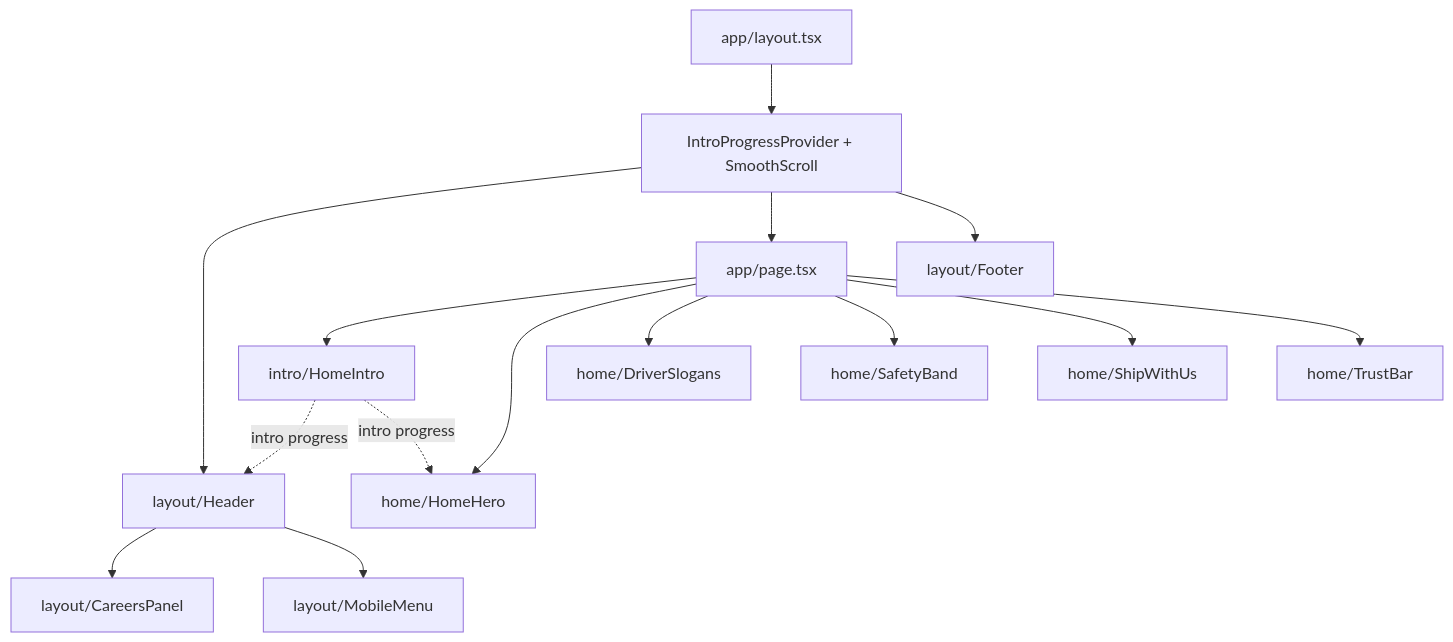
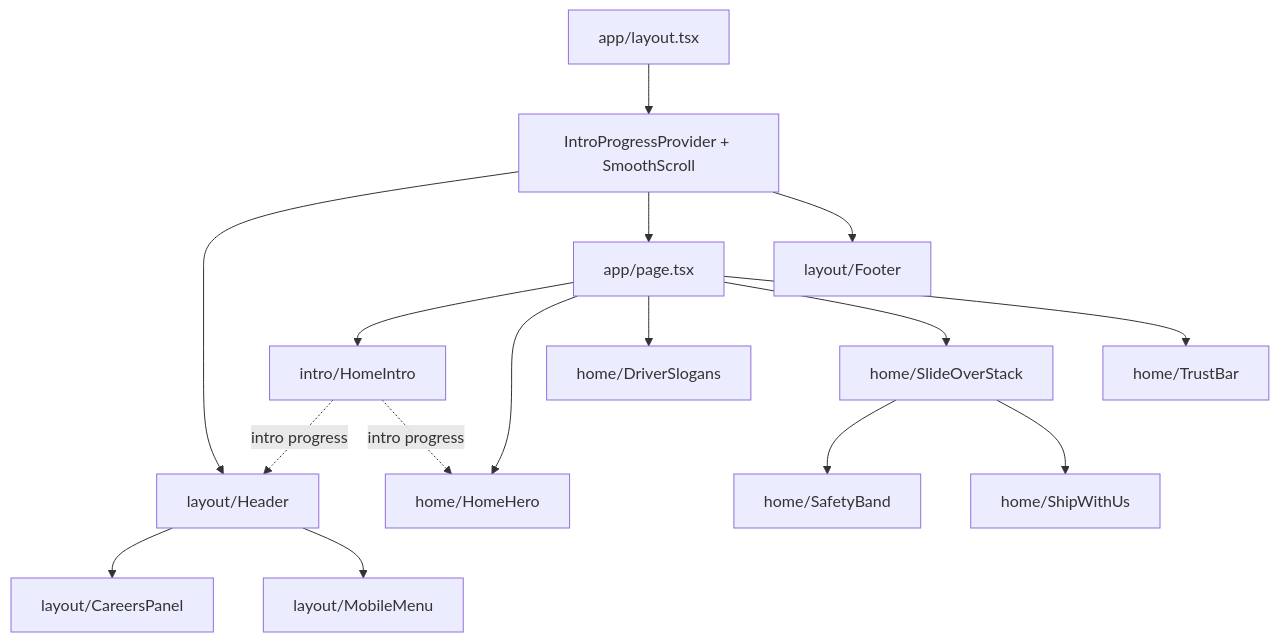
Before and after one commit to stadlerv3311/laughing-dollop: the diagram in docs/NAVIGATION.md, drawn with Mermaid. The commit also changed other lines of this file and 6 other files, not shown here.

First line of the commit message:
Slide Ship with us over the pinned safety band on the way down

````diff
--- a/docs/NAVIGATION.md
+++ b/docs/NAVIGATION.md
@@ -54,17 +55,18 @@
 ```mermaid
 flowchart TD
   Layout["app/layout.tsx"] --> Providers["IntroProgressProvider + SmoothScroll"]
   Providers --> Header["layout/Header"]
   Providers --> Page["app/page.tsx"]
   Providers --> Footer["layout/Footer"]
   Header --> CareersPanel["layout/CareersPanel"]
   Header --> MobileMenu["layout/MobileMenu"]
   Page --> HomeIntro["intro/HomeIntro"]
   Page --> HomeHero["home/HomeHero"]
   Page --> DriverSlogans["home/DriverSlogans"]
-  Page --> SafetyBand["home/SafetyBand"]
-  Page --> ShipWithUs["home/ShipWithUs"]
+  Page --> SlideOverStack["home/SlideOverStack"]
+  SlideOverStack --> SafetyBand["home/SafetyBand"]
+  SlideOverStack --> ShipWithUs["home/ShipWithUs"]
   Page --> TrustBar["home/TrustBar"]
   HomeIntro -. "intro progress" .-> Header
   HomeIntro -. "intro progress" .-> HomeHero
 ```
````
